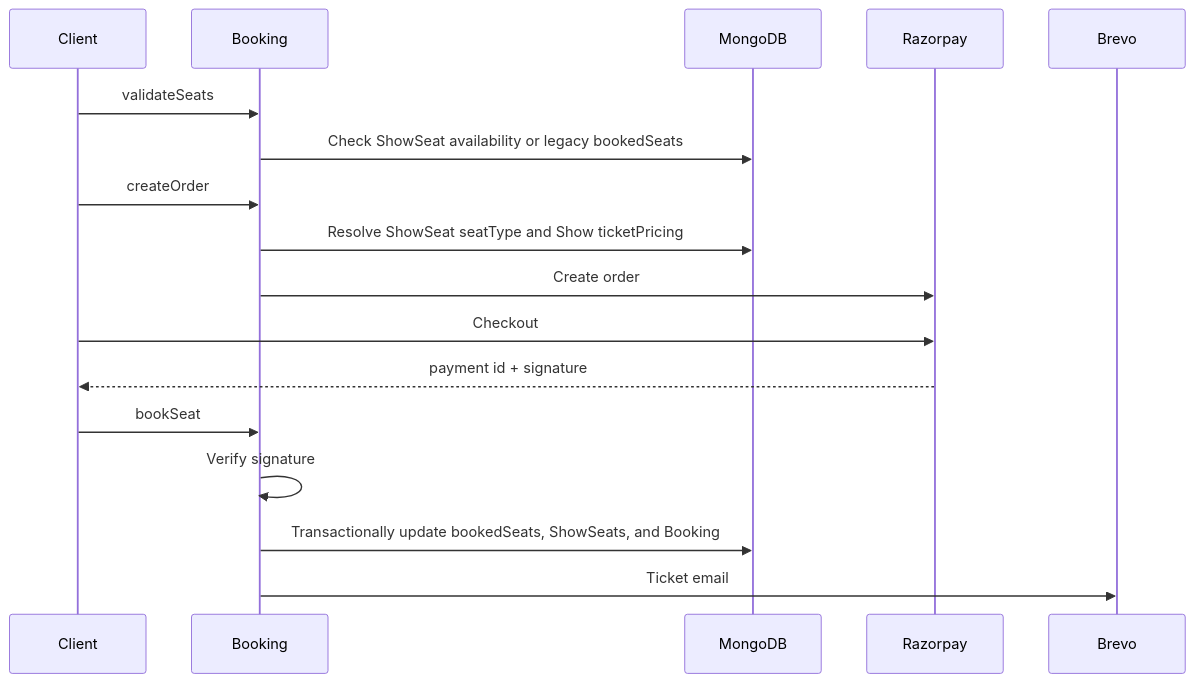
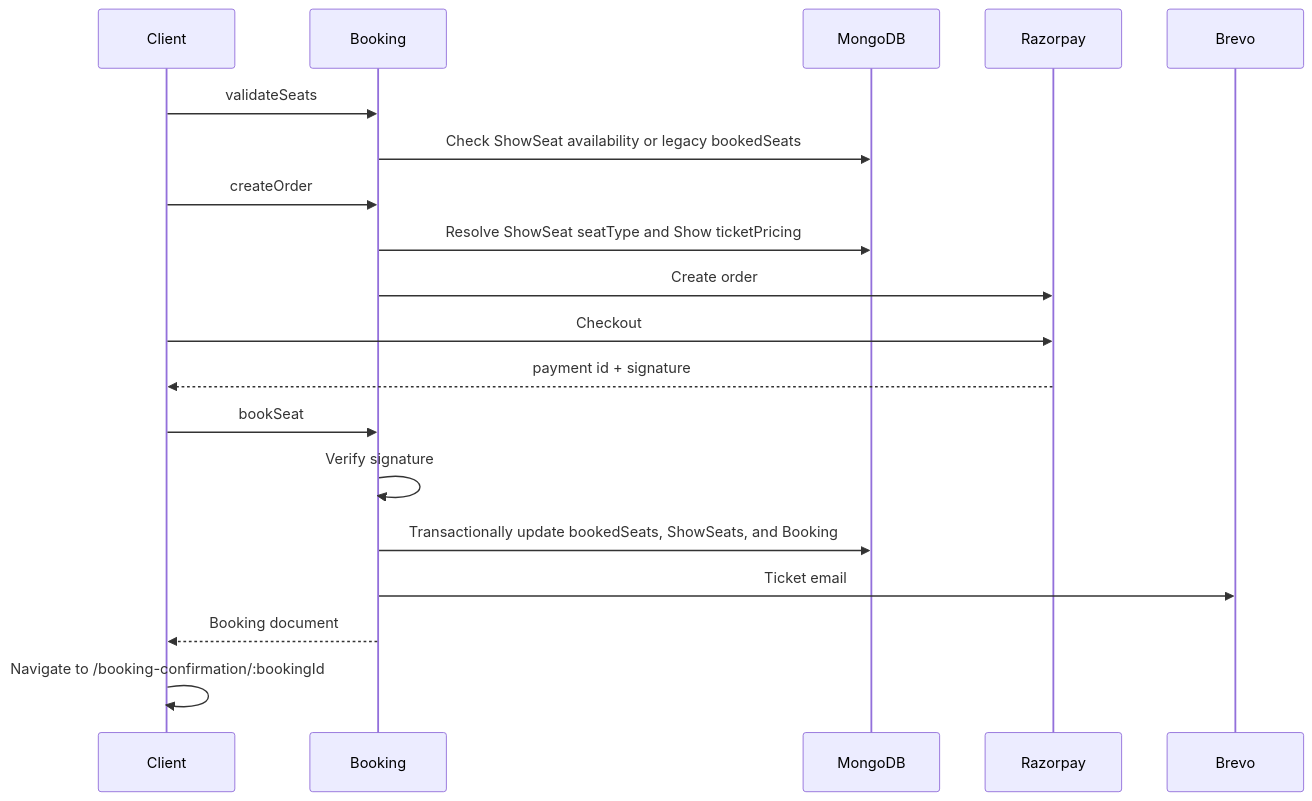
The eighth of 10 diagrams in docs/DIAGRAMS.md (Shravan-509/BookMyShow), drawn with Mermaid before and after one commit. The commit also changed other lines of this file and 10 other files, not shown here.

````diff
--- a/docs/DIAGRAMS.md
+++ b/docs/DIAGRAMS.md
@@ -98,14 +111,16 @@
 ```mermaid
 sequenceDiagram
     Client->>Booking: validateSeats
     Booking->>MongoDB: Check ShowSeat availability or legacy bookedSeats
     Client->>Booking: createOrder
     Booking->>MongoDB: Resolve ShowSeat seatType and Show ticketPricing
     Booking->>Razorpay: Create order
     Client->>Razorpay: Checkout
     Razorpay-->>Client: payment id + signature
     Client->>Booking: bookSeat
     Booking->>Booking: Verify signature
     Booking->>MongoDB: Transactionally update bookedSeats, ShowSeats, and Booking
     Booking->>Brevo: Ticket email
+    Booking-->>Client: Booking document
+    Client->>Client: Navigate to /booking-confirmation/:bookingId
 ```
````
